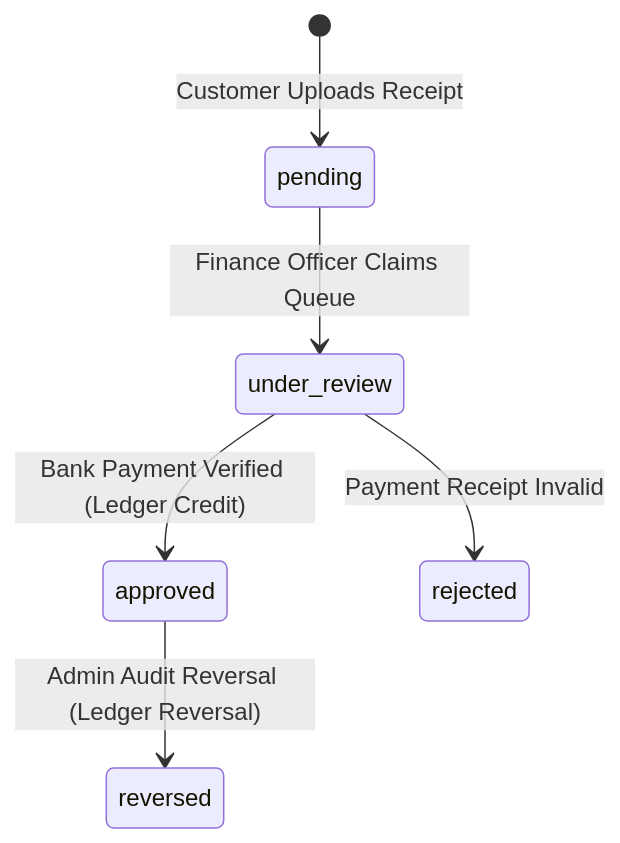
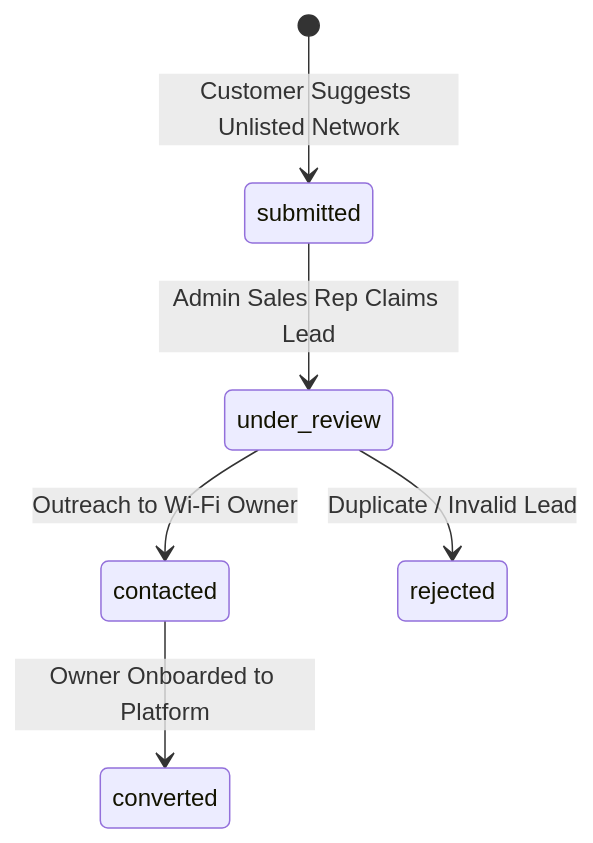
One commit to msorori-mh/NetYemen changed the third of 3 diagrams in docs/NETYEMEN-WORKFLOW-STATE-MACHINES-01.md. Above: the diagram before and after it, drawn with Mermaid. The commit also changed other lines of this file and 7 other files, not shown here.

````diff
--- a/docs/NETYEMEN-WORKFLOW-STATE-MACHINES-01.md
+++ b/docs/NETYEMEN-WORKFLOW-STATE-MACHINES-01.md
@@ -177,8 +121,8 @@
 ```mermaid
 stateDiagram-v2
-    [*] --> pending : Customer Uploads Receipt
-    pending --> under_review : Finance Officer Claims Queue
-    under_review --> approved : Bank Payment Verified (Ledger Credit)
-    under_review --> rejected : Payment Receipt Invalid
-    approved --> reversed : Admin Audit Reversal (Ledger Reversal)
+    [*] --> submitted : Customer Suggests Unlisted Network
+    submitted --> under_review : Admin Sales Rep Claims Lead
+    under_review --> contacted : Outreach to Wi-Fi Owner
+    contacted --> converted : Owner Onboarded to Platform
+    under_review --> rejected : Duplicate / Invalid Lead
 ```
````
